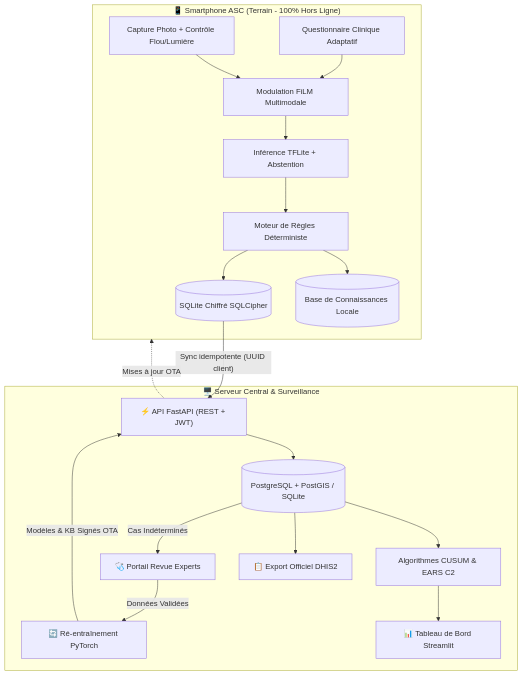
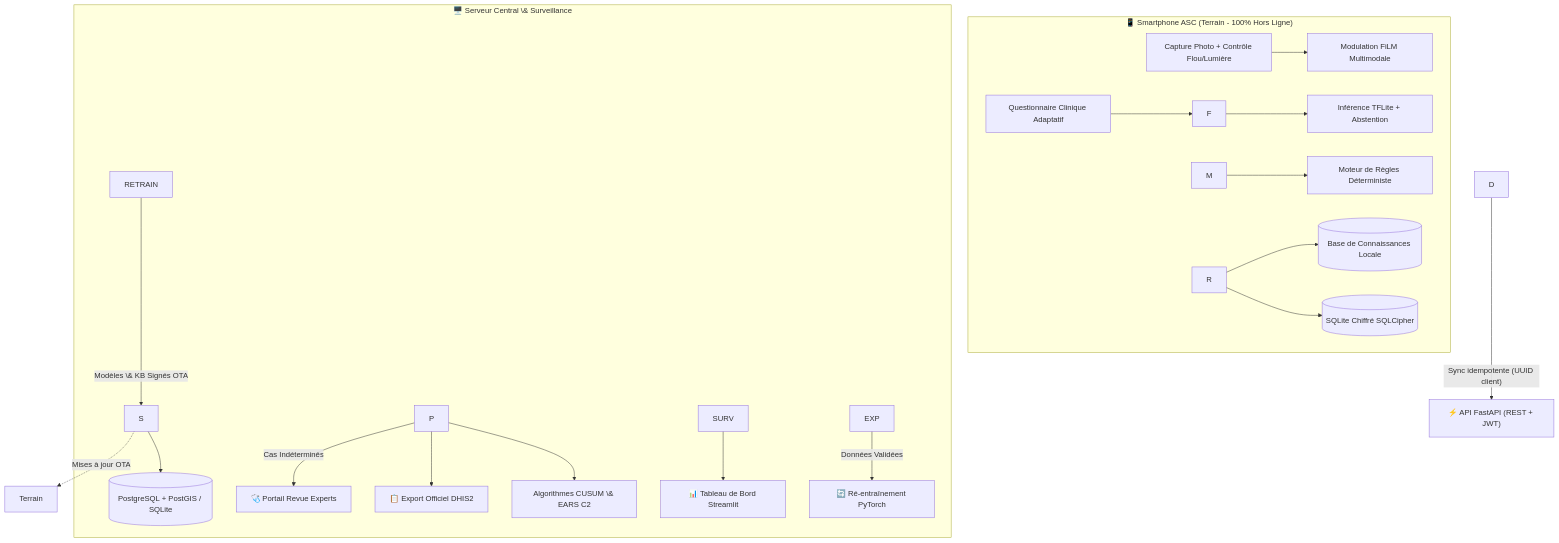
The diagram in README.md (DeboraQueen237/DermIA), drawn with Mermaid before and after one commit. The commit also changed other lines of this file and 3 other files, not shown here.

````diff
--- a/README.md
+++ b/README.md
@@ -49,25 +51,25 @@
 ```mermaid
 flowchart TB
-    subgraph Terrain["📱 Smartphone ASC (Terrain - 100% Hors Ligne)"]
-        A[Capture Photo + Contrôle Flou/Lumière] --> F[Modulation FiLM Multimodale]
-        Q[Questionnaire Clinique Adaptatif] --> F
-        F --> M[Inférence TFLite + Abstention]
-        M --> R[Moteur de Règles Déterministe]
-        R --> KB[(Base de Connaissances Locale)]
-        R --> D[(SQLite Chiffré SQLCipher)]
+    subgraph Terrain\["📱 Smartphone ASC (Terrain - 100% Hors Ligne)"]
+        A\[Capture Photo + Contrôle Flou/Lumière] --> F\[Modulation FiLM Multimodale]
+        Q\[Questionnaire Clinique Adaptatif] --> F
+        F --> M\[Inférence TFLite + Abstention]
+        M --> R\[Moteur de Règles Déterministe]
+        R --> KB\[(Base de Connaissances Locale)]
+        R --> D\[(SQLite Chiffré SQLCipher)]
     end
 
-    D -->|"Sync idempotente (UUID client)"| S["⚡ API FastAPI (REST + JWT)"]
+    D -->|"Sync idempotente (UUID client)"| S\["⚡ API FastAPI (REST + JWT)"]
     
-    subgraph Serveur["🖥️ Serveur Central & Surveillance"]
-        S --> P[(PostgreSQL + PostGIS / SQLite)]
-        P --> SURV[Algorithmes CUSUM & EARS C2]
-        SURV --> DASH[📊 Tableau de Bord Streamlit]
-        P --> DHIS2[📋 Export Officiel DHIS2]
-        P -->|Cas Indéterminés| EXP[🩺 Portail Revue Experts]
-        EXP -->|Données Validées| RETRAIN[🔄 Ré-entraînement PyTorch]
-        RETRAIN -->|Modèles & KB Signés OTA| S
+    subgraph Serveur\["🖥️ Serveur Central \& Surveillance"]
+        S --> P\[(PostgreSQL + PostGIS / SQLite)]
+        P --> SURV\[Algorithmes CUSUM \& EARS C2]
+        SURV --> DASH\[📊 Tableau de Bord Streamlit]
+        P --> DHIS2\[📋 Export Officiel DHIS2]
+        P -->|Cas Indéterminés| EXP\[🩺 Portail Revue Experts]
+        EXP -->|Données Validées| RETRAIN\[🔄 Ré-entraînement PyTorch]
+        RETRAIN -->|Modèles \& KB Signés OTA| S
     end
 
     S -.->|Mises à jour OTA| Terrain
 ```
````
